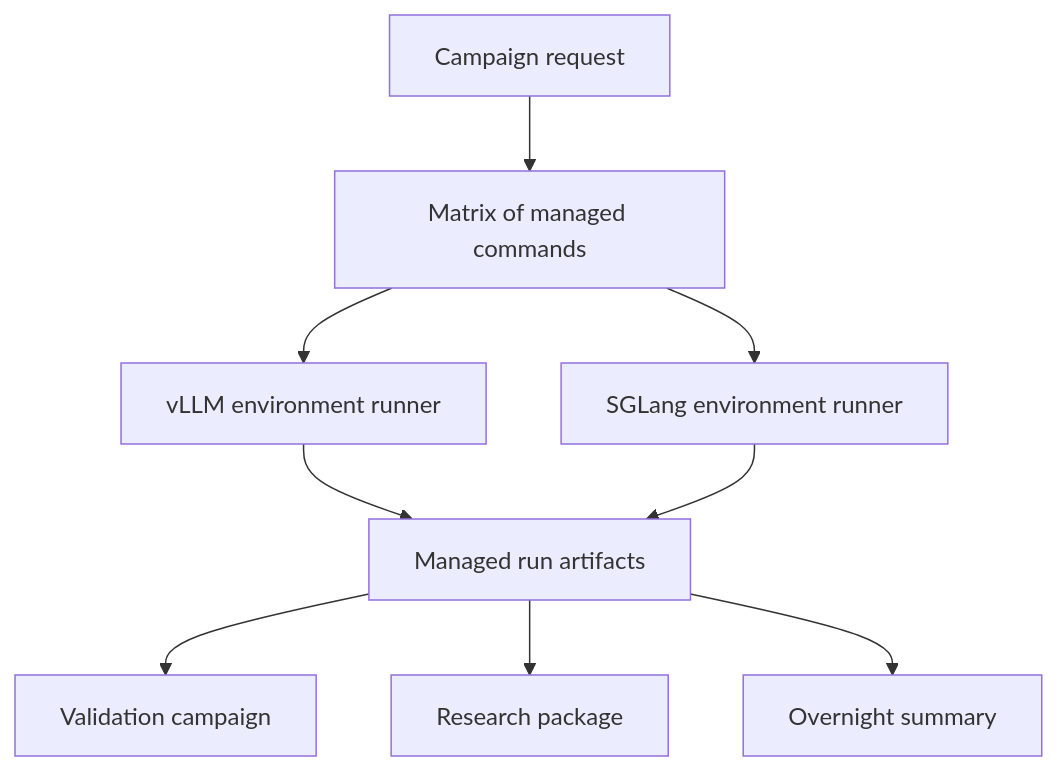
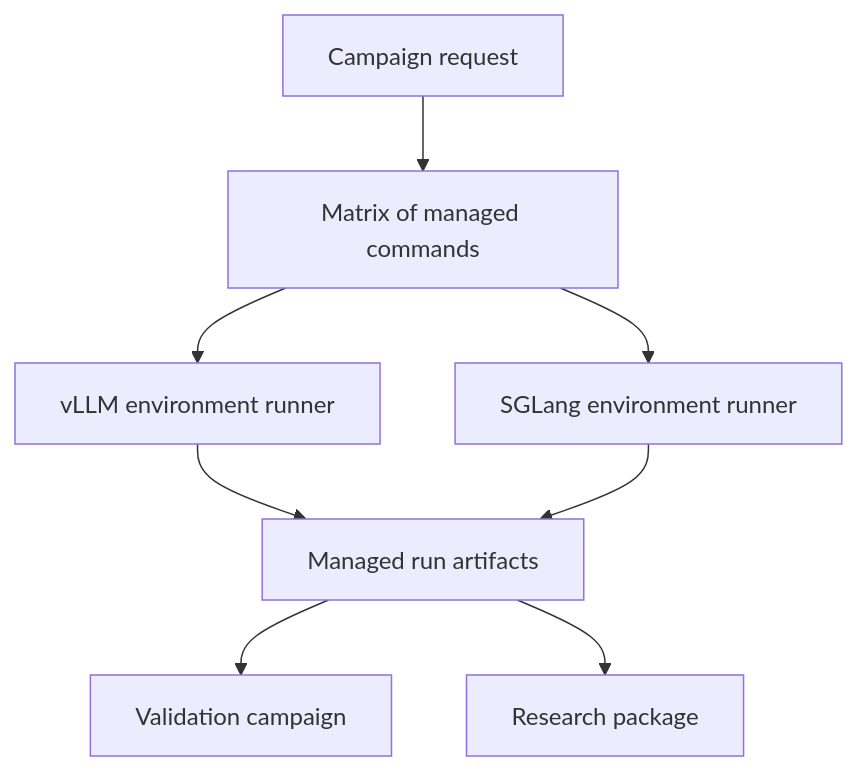
Before and after one commit to ssaketh-ch/serve-optimize: diagram 16 of 16 in docs/architecture.md, drawn with Mermaid. The commit also changed other lines of this file and 18 other files, not shown here.

````diff
--- a/docs/architecture.md
+++ b/docs/architecture.md
@@ -505,11 +505,10 @@
 ```mermaid
 flowchart TD
     A[Campaign request] --> B[Matrix of managed commands]
     B --> C[vLLM environment runner]
     B --> D[SGLang environment runner]
     C --> E[Managed run artifacts]
     D --> E
     E --> F[Validation campaign]
     E --> G[Research package]
-    E --> H[Overnight summary]
 ```
````
